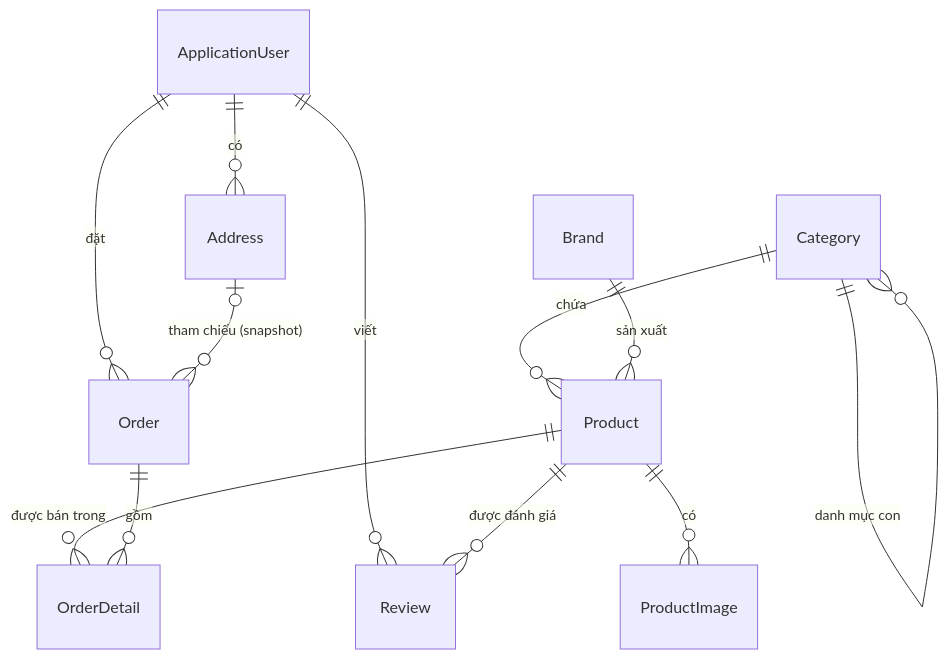
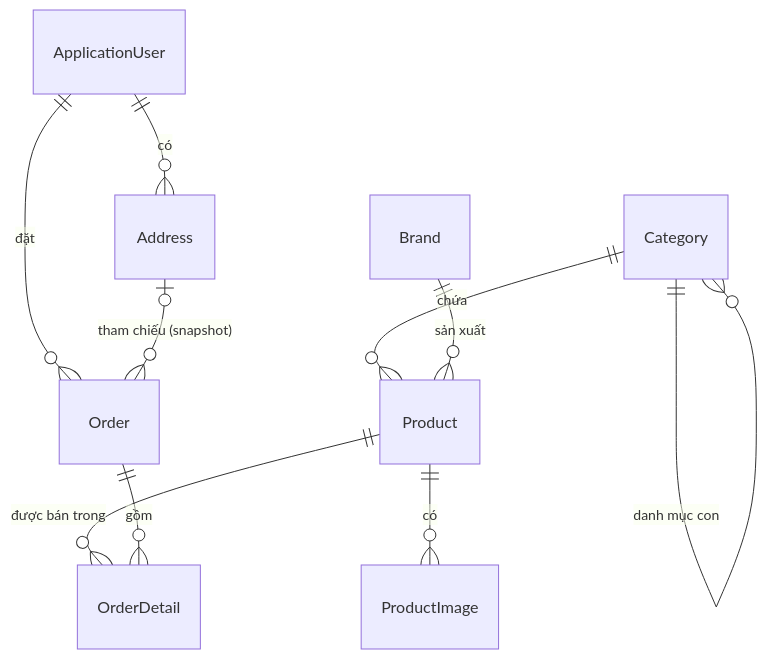
Before and after one commit to PhuThanh1990/ASPNET-DT24TT8016-damhuynhphuthanh-linhkiendientu: the diagram in docs/database-schema.md, drawn with Mermaid. The commit also changed other lines of this file and 3 other files, not shown here.

````diff
--- a/docs/database-schema.md
+++ b/docs/database-schema.md
@@ -46,14 +54,12 @@
 ```mermaid
 erDiagram
     ApplicationUser ||--o{ Address     : "có"
     ApplicationUser ||--o{ Order       : "đặt"
-    ApplicationUser ||--o{ Review      : "viết"
     Category        ||--o{ Product     : "chứa"
     Category        ||--o{ Category    : "danh mục con"
     Brand           ||--o{ Product     : "sản xuất"
     Product         ||--o{ ProductImage: "có"
     Product         ||--o{ OrderDetail : "được bán trong"
-    Product         ||--o{ Review      : "được đánh giá"
     Order           ||--o{ OrderDetail : "gồm"
     Address         |o--o{ Order       : "tham chiếu (snapshot)"
 ```
````
